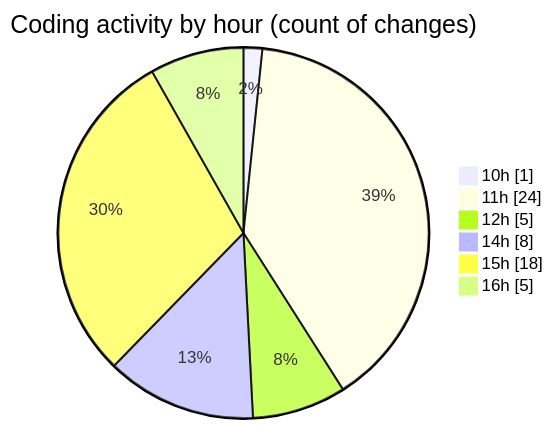
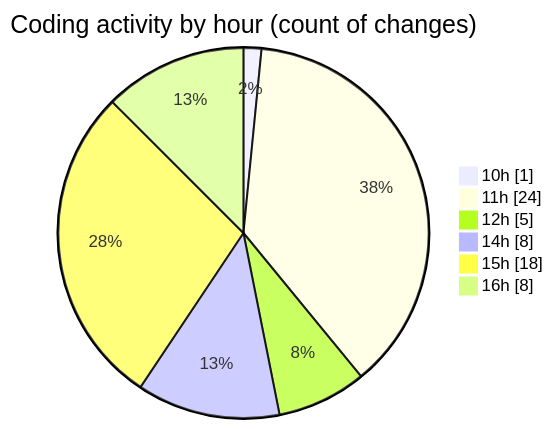
One commit to debugP/code-tracking changed the second of 2 diagrams in 2025-10-03/untitled__workspace_/README.md. Above: the diagram before and after it, drawn with Mermaid. The commit also changed other lines of this file and 1 other file, not shown here.

````diff
--- a/2025-10-03/untitled__workspace_/README.md
+++ b/2025-10-03/untitled__workspace_/README.md
@@ -31,10 +31,10 @@
 ```mermaid
 pie showData
 title Coding activity by hour (count of changes)
 "10h" : 1
 "11h" : 24
 "12h" : 5
 "14h" : 8
 "15h" : 18
-"16h" : 5
+"16h" : 8
 ```
````
